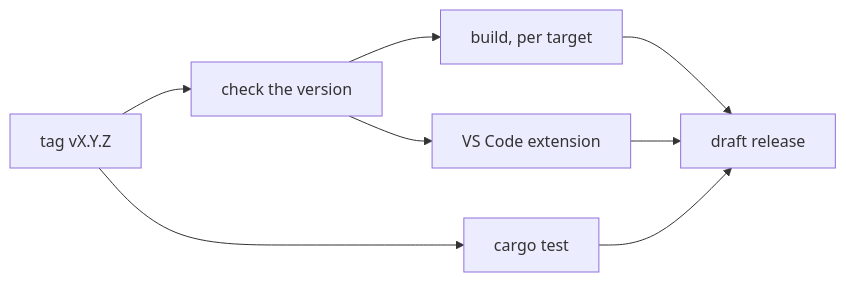
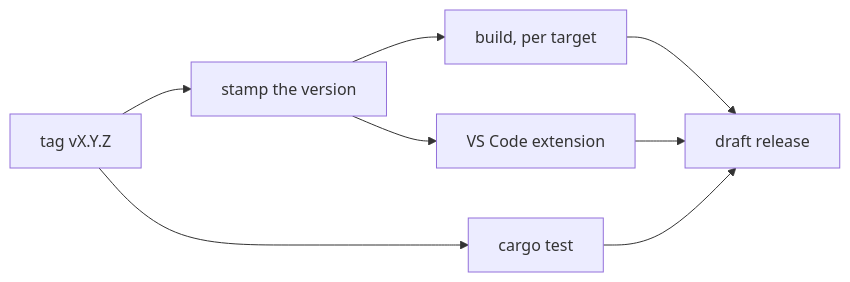
One commit to orbitscript-lang/OrbitScript changed the diagram in docs/releasing.md. Above: the diagram before and after it, drawn with Mermaid. The commit also changed other lines of this file and 2 other files, not shown here.

First line of the commit message:
Release: take the version from the tag, prereleases from its suffix

````diff
--- a/docs/releasing.md
+++ b/docs/releasing.md
@@ -23,10 +24,10 @@
 ```mermaid
 flowchart LR
-    tag["tag vX.Y.Z"] --> version["check the version"]
+    tag["tag vX.Y.Z"] --> version["stamp the version"]
     version --> build["build, per target"]
     version --> vscode["VS Code extension"]
     tag --> test["cargo test"]
     build --> release["draft release"]
     vscode --> release
     test --> release
 ```
````
